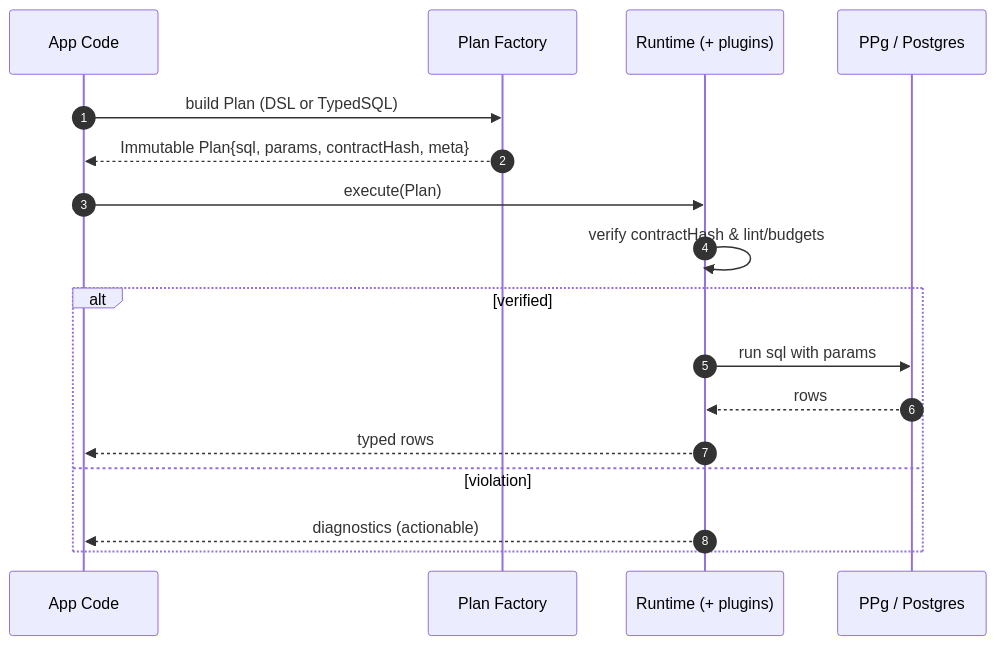
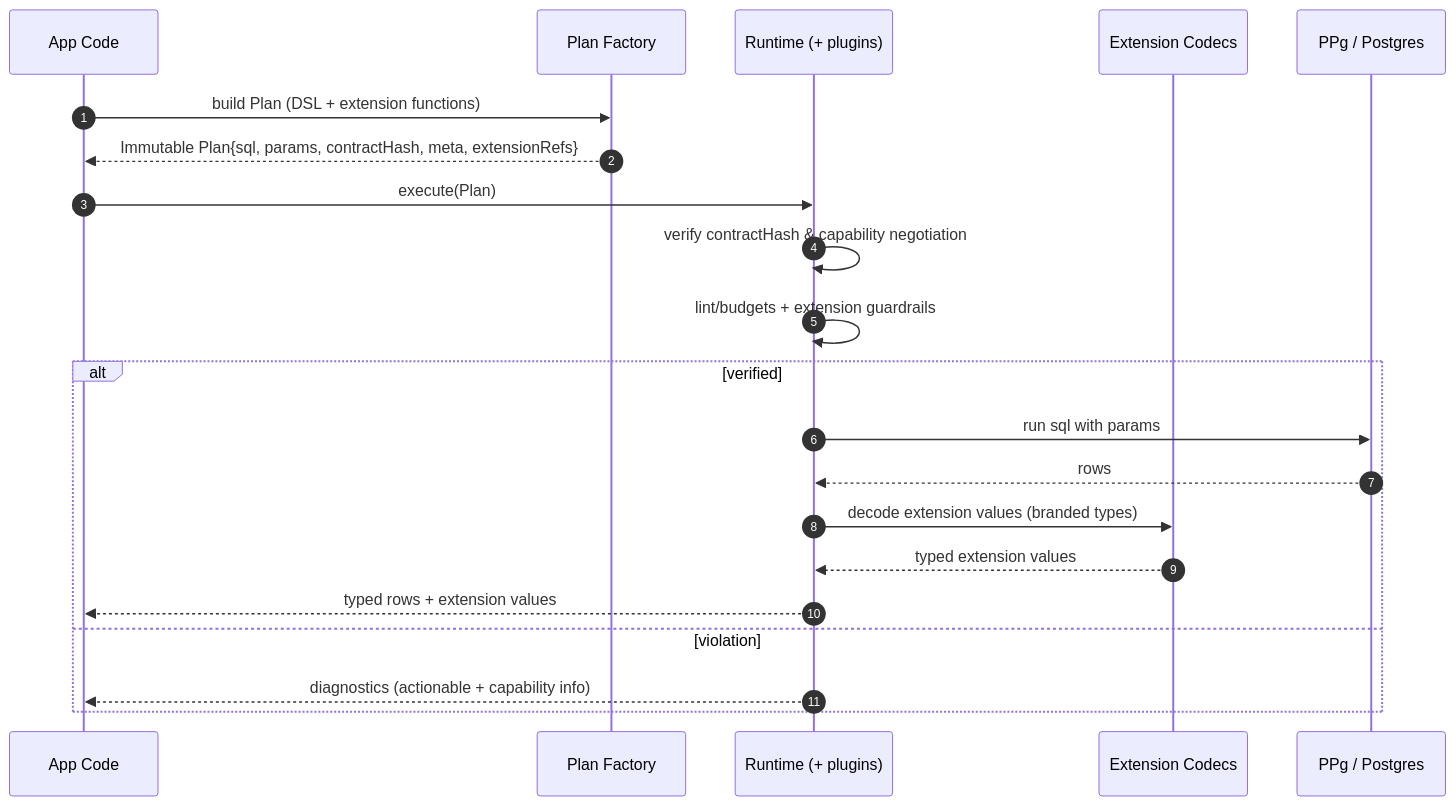
The second of 3 diagrams in docs/Architecture Overview.md (prisma/prisma-next), drawn with Mermaid before and after one commit. The commit also changed other lines of this file, not shown here.

````diff
--- a/docs/Architecture Overview.md
+++ b/docs/Architecture Overview.md
@@ -101,20 +112,24 @@
 ```mermaid
 sequenceDiagram
   autonumber
   participant Dev as App Code
   participant Plan as Plan Factory
   participant RT as Runtime (+ plugins)
+  participant Ext as Extension Codecs
   participant DB as PPg / Postgres
 
-  Dev->>Plan: build Plan (DSL or TypedSQL)
-  Plan-->>Dev: Immutable Plan{sql, params, contractHash, meta}
+  Dev->>Plan: build Plan (DSL + extension functions)
+  Plan-->>Dev: Immutable Plan{sql, params, contractHash, meta, extensionRefs}
   Dev->>RT: execute(Plan)
-  RT->>RT: verify contractHash & lint/budgets
+  RT->>RT: verify contractHash & capability negotiation
+  RT->>RT: lint/budgets + extension guardrails
   alt verified
     RT->>DB: run sql with params
     DB-->>RT: rows
-    RT-->>Dev: typed rows
+    RT->>Ext: decode extension values (branded types)
+    Ext-->>RT: typed extension values
+    RT-->>Dev: typed rows + extension values
   else violation
-    RT-->>Dev: diagnostics (actionable)
+    RT-->>Dev: diagnostics (actionable + capability info)
   end
 ```
````
